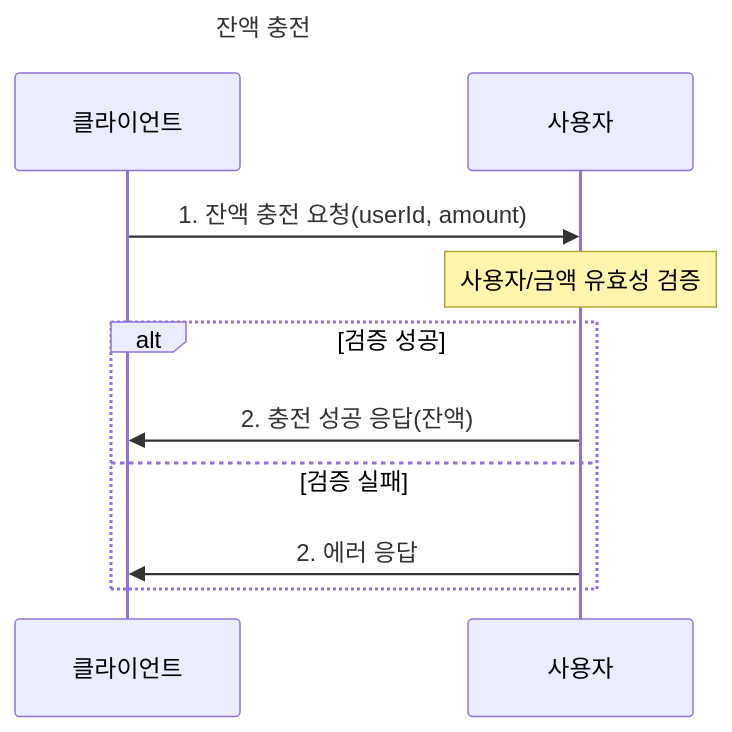
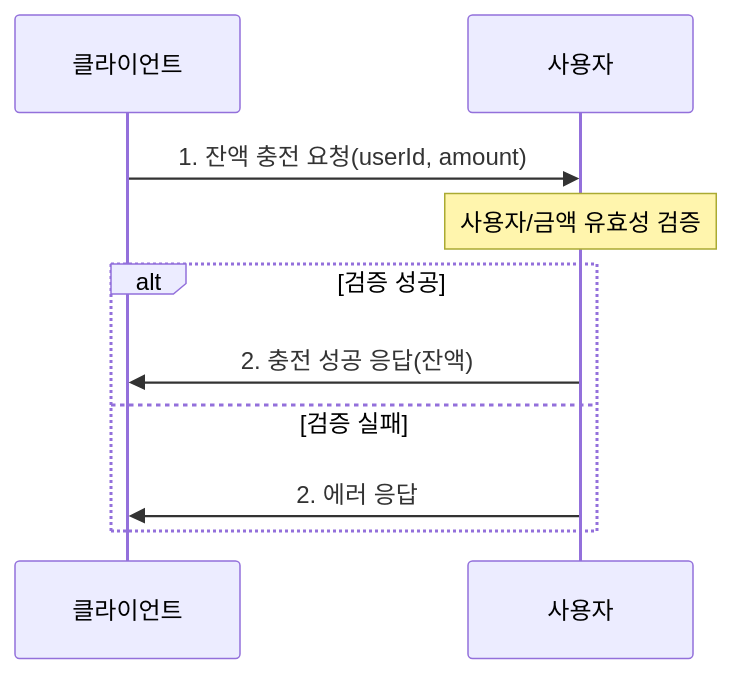
One commit to ynyejn/lecture-manage-system changed the first of 11 diagrams in test.md. Above: the diagram before and after it, drawn with Mermaid. The commit also changed other lines of this file, not shown here.

````diff
--- a/test.md
+++ b/test.md
@@ -4,15 +4,14 @@
 ```mermaid
 sequenceDiagram
-    title: 잔액 충전
     participant Client as 클라이언트
     participant UserSystem as 사용자
 
     Client->>UserSystem: 1. 잔액 충전 요청(userId, amount)
     Note over UserSystem: 사용자/금액 유효성 검증
     
     alt 검증 성공
         UserSystem->>Client: 2. 충전 성공 응답(잔액)
     else 검증 실패
         UserSystem->>Client: 2. 에러 응답
     end
 ```
````
